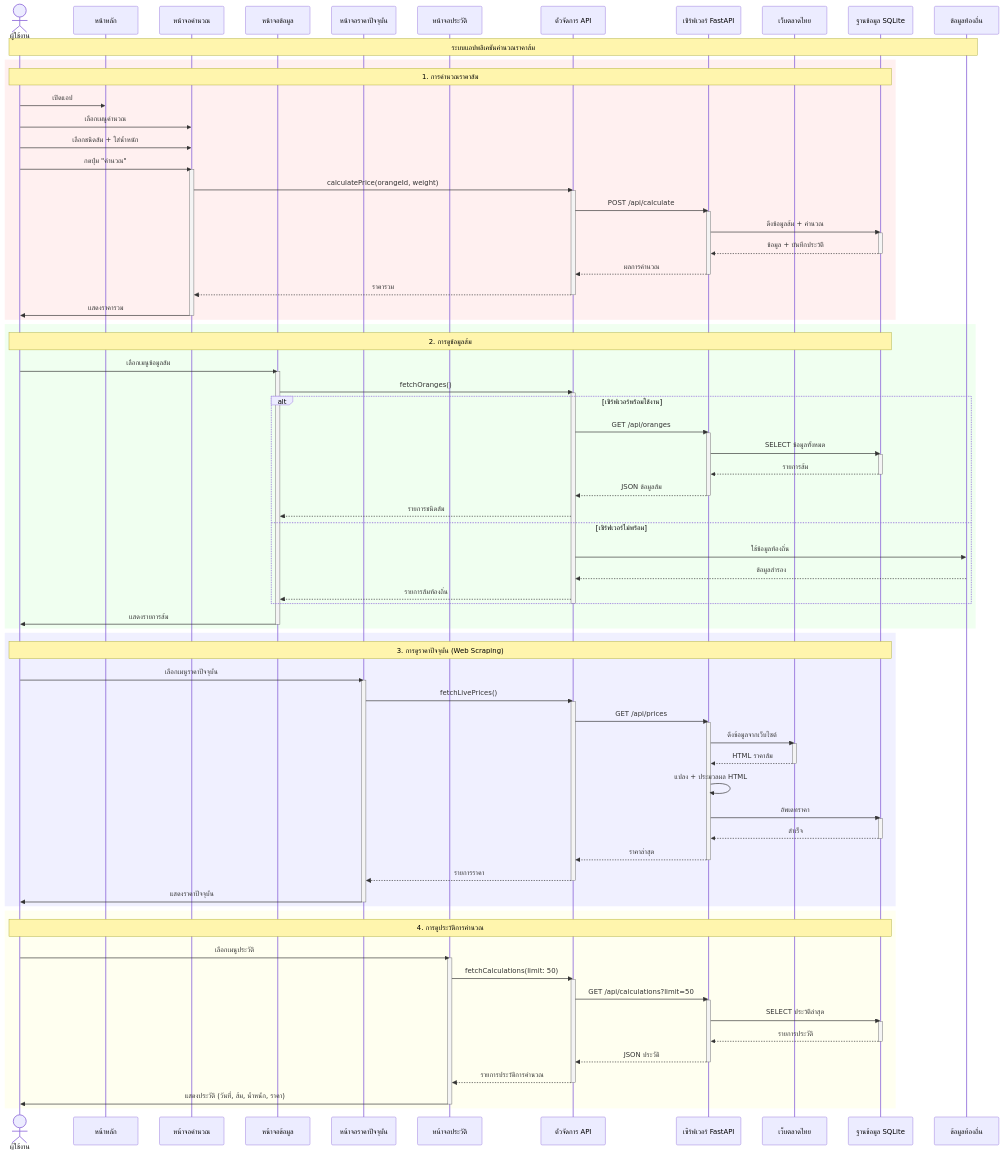
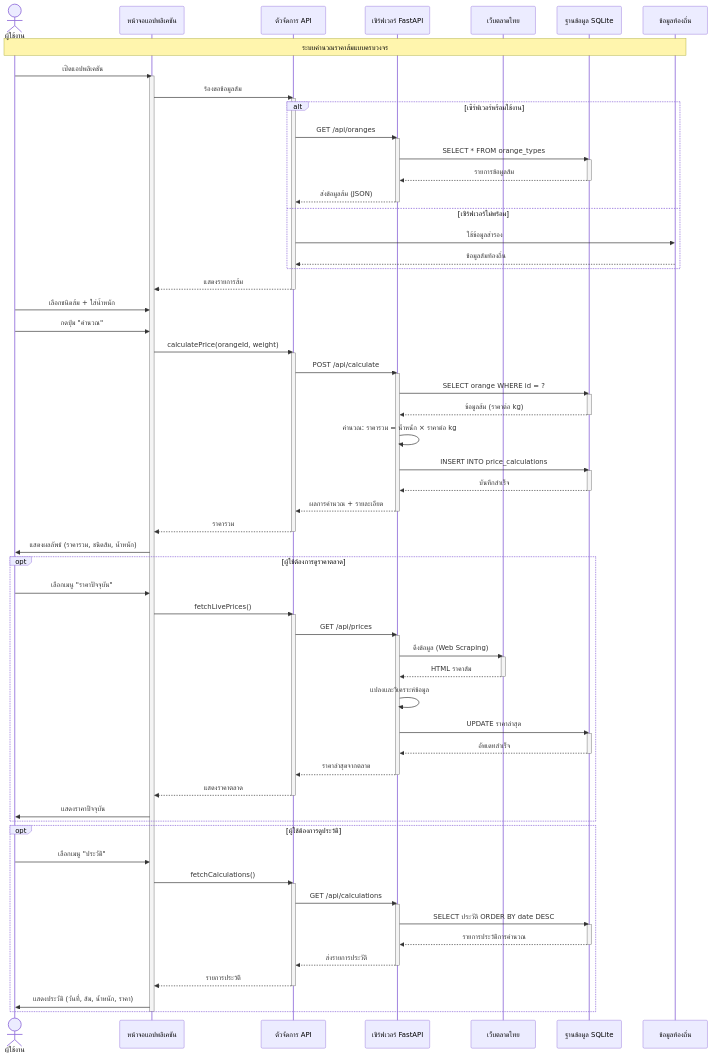
One commit to MyFirstKiss/Flutter-app-for-orange-price-calculation changed the diagram in docs/sequence-diagram.md. Above: the diagram before and after it, drawn with Mermaid. The commit also changed other lines of this file, not shown here.

Commit message:
ปรบเปน sequence diagram เดยวทอธบายการทำงานหลกของระบบครบถวน

````diff
--- a/docs/sequence-diagram.md
+++ b/docs/sequence-diagram.md
@@ -5,117 +3,108 @@
 ```mermaid
 sequenceDiagram
     actor User as ผู้ใช้งาน
-    participant Home as หน้าหลัก
-    participant CalcUI as หน้าจอคำนวณ
-    participant DataUI as หน้าจอข้อมูล
-    participant PriceUI as หน้าจอราคาปัจจุบัน
-    participant HistUI as หน้าจอประวัติ
+    participant UI as หน้าจอแอปพลิเคชัน
     participant API as ตัวจัดการ API
     participant Backend as เซิร์ฟเวอร์ FastAPI
     participant Web as เว็บตลาดไทย
     participant DB as ฐานข้อมูล SQLite
     participant Local as ข้อมูลท้องถิ่น
     
-    Note over User,Local: ระบบแอปพลิเคชันคำนวณราคาส้ม
+    Note over User,Local: ระบบคำนวณราคาส้มแบบครบวงจร
     
-    %% Flow 1: คำนวณราคา
-    rect rgb(255, 240, 240)
-    Note over User,DB: 1. การคำนวณราคาส้ม
-    User->>Home: เปิดแอป
-    User->>CalcUI: เลือกเมนูคำนวณ
-    User->>CalcUI: เลือกชนิดส้ม + ใส่น้ำหนัก
-    User->>CalcUI: กดปุ่ม "คำนวณ"
+    %% เปิดแอป
+    User->>UI: เปิดแอปพลิเคชัน
+    activate UI
     
-    activate CalcUI
-    CalcUI->>API: calculatePrice(orangeId, weight)
-    activate API
-    API->>Backend: POST /api/calculate
-    activate Backend
-    Backend->>DB: ดึงข้อมูลส้ม + คำนวณ
-    activate DB
-    DB-->>Backend: ข้อมูล + บันทึกประวัติ
-    deactivate DB
-    Backend-->>API: ผลการคำนวณ
-    deactivate Backend
-    API-->>CalcUI: ราคารวม
-    deactivate API
-    CalcUI->>User: แสดงราคารวม
-    deactivate CalcUI
-    end
-    
-    %% Flow 2: ดูข้อมูลส้ม
-    rect rgb(240, 255, 240)
-    Note over User,DB: 2. การดูข้อมูลส้ม
-    User->>DataUI: เลือกเมนูข้อมูลส้ม
-    activate DataUI
-    DataUI->>API: fetchOranges()
+    %% ดึงข้อมูลส้ม
+    UI->>API: ร้องขอข้อมูลส้ม
     activate API
     
     alt เซิร์ฟเวอร์พร้อมใช้งาน
         API->>Backend: GET /api/oranges
         activate Backend
-        Backend->>DB: SELECT ข้อมูลทั้งหมด
+        Backend->>DB: SELECT * FROM orange_types
         activate DB
-        DB-->>Backend: รายการส้ม
+        DB-->>Backend: รายการข้อมูลส้ม
         deactivate DB
-        Backend-->>API: JSON ข้อมูลส้ม
+        Backend-->>API: ส่งข้อมูลส้ม (JSON)
         deactivate Backend
-        API-->>DataUI: รายการชนิดส้ม
     else เซิร์ฟเวอร์ไม่พร้อม
-        API->>Local: ใช้ข้อมูลท้องถิ่น
-        Local-->>API: ข้อมูลสำรอง
-        API-->>DataUI: รายการส้มท้องถิ่น
+        API->>Local: ใช้ข้อมูลสำรอง
+        Local-->>API: ข้อมูลส้มท้องถิ่น
     end
     
+    API-->>UI: แสดงรายการส้ม
     deactivate API
-    DataUI->>User: แสดงรายการส้ม
-    deactivate DataUI
+    
+    %% เลือกและคำนวณ
+    User->>UI: เลือกชนิดส้ม + ใส่น้ำหนัก
+    User->>UI: กดปุ่ม "คำนวณ"
+    
+    UI->>API: calculatePrice(orangeId, weight)
+    activate API
+    API->>Backend: POST /api/calculate
+    activate Backend
+    
+    Backend->>DB: SELECT orange WHERE id = ?
+    activate DB
+    DB-->>Backend: ข้อมูลส้ม (ราคาต่อ kg)
+    deactivate DB
+    
+    Backend->>Backend: คำนวณ: ราคารวม = น้ำหนัก × ราคาต่อ kg
+    
+    Backend->>DB: INSERT INTO price_calculations
+    activate DB
+    DB-->>Backend: บันทึกสำเร็จ
+    deactivate DB
+    
+    Backend-->>API: ผลการคำนวณ + รายละเอียด
+    deactivate Backend
+    API-->>UI: ราคารวม
+    deactivate API
+    
+    UI->>User: แสดงผลลัพธ์ (ราคารวม, ชนิดส้ม, น้ำหนัก)
+    
+    %% ดูราคาปัจจุบัน (ถ้าต้องการ)
+    opt ผู้ใช้ต้องการดูราคาตลาด
+        User->>UI: เลือกเมนู "ราคาปัจจุบัน"
+        UI->>API: fetchLivePrices()
+        activate API
+        API->>Backend: GET /api/prices
+        activate Backend
+        Backend->>Web: ดึงข้อมูล (Web Scraping)
+        activate Web
+        Web-->>Backend: HTML ราคาส้ม
+        deactivate Web
+        Backend->>Backend: แปลงและวิเคราะห์ข้อมูล
+        Backend->>DB: UPDATE ราคาล่าสุด
+        activate DB
+        DB-->>Backend: อัพเดทสำเร็จ
+        deactivate DB
+        Backend-->>API: ราคาล่าสุดจากตลาด
+        deactivate Backend
+        API-->>UI: แสดงราคาตลาด
+        deactivate API
+        UI->>User: แสดงราคาปัจจุบัน
     end
     
-    %% Flow 3: ดูราคาปัจจุบัน
-    rect rgb(240, 240, 255)
-    Note over User,DB: 3. การดูราคาปัจจุบัน (Web Scraping)
-    User->>PriceUI: เลือกเมนูราคาปัจจุบัน
-    activate PriceUI
-    PriceUI->>API: fetchLivePrices()
-    activate API
-    API->>Backend: GET /api/prices
-    activate Backend
-    Backend->>Web: ดึงข้อมูลจากเว็บไซต์
-    activate Web
-    Web-->>Backend: HTML ราคาส้ม
-    deactivate Web
-    Backend->>Backend: แปลง + ประมวลผล HTML
-    Backend->>DB: อัพเดทราคา
-    activate DB
-    DB-->>Backend: สำเร็จ
-    deactivate DB
-    Backend-->>API: ราคาล่าสุด
-    deactivate Backend
-    API-->>PriceUI: รายการราคา
-    deactivate API
-    PriceUI->>User: แสดงราคาปัจจุบัน
-    deactivate PriceUI
+    %% ดูประวัติ (ถ้าต้องการ)
+    opt ผู้ใช้ต้องการดูประวัติ
+        User->>UI: เลือกเมนู "ประวัติ"
+        UI->>API: fetchCalculations()
+        activate API
+        API->>Backend: GET /api/calculations
+        activate Backend
+        Backend->>DB: SELECT ประวัติ ORDER BY date DESC
+        activate DB
+        DB-->>Backend: รายการประวัติการคำนวณ
+        deactivate DB
+        Backend-->>API: ส่งรายการประวัติ
+        deactivate Backend
+        API-->>UI: รายการประวัติ
+        deactivate API
+        UI->>User: แสดงประวัติ (วันที่, ส้ม, น้ำหนัก, ราคา)
     end
     
-    %% Flow 4: ดูประวัติ
-    rect rgb(255, 255, 240)
-    Note over User,DB: 4. การดูประวัติการคำนวณ
-    User->>HistUI: เลือกเมนูประวัติ
-    activate HistUI
-    HistUI->>API: fetchCalculations(limit: 50)
-    activate API
-    API->>Backend: GET /api/calculations?limit=50
-    activate Backend
-    Backend->>DB: SELECT ประวัติล่าสุด
-    activate DB
-    DB-->>Backend: รายการประวัติ
-    deactivate DB
-    Backend-->>API: JSON ประวัติ
-    deactivate Backend
-    API-->>HistUI: รายการประวัติการคำนวณ
-    deactivate API
-    HistUI->>User: แสดงประวัติ (วันที่, ส้ม, น้ำหนัก, ราคา)
-    deactivate HistUI
-    end
+    deactivate UI
 ```
````
